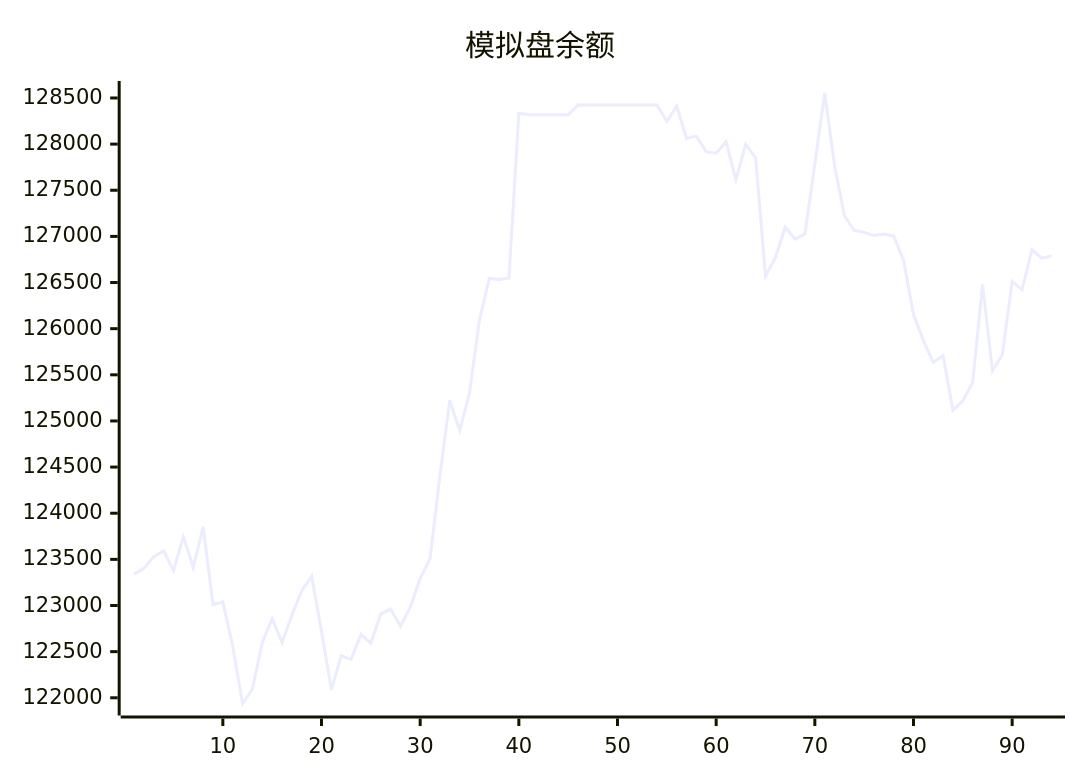
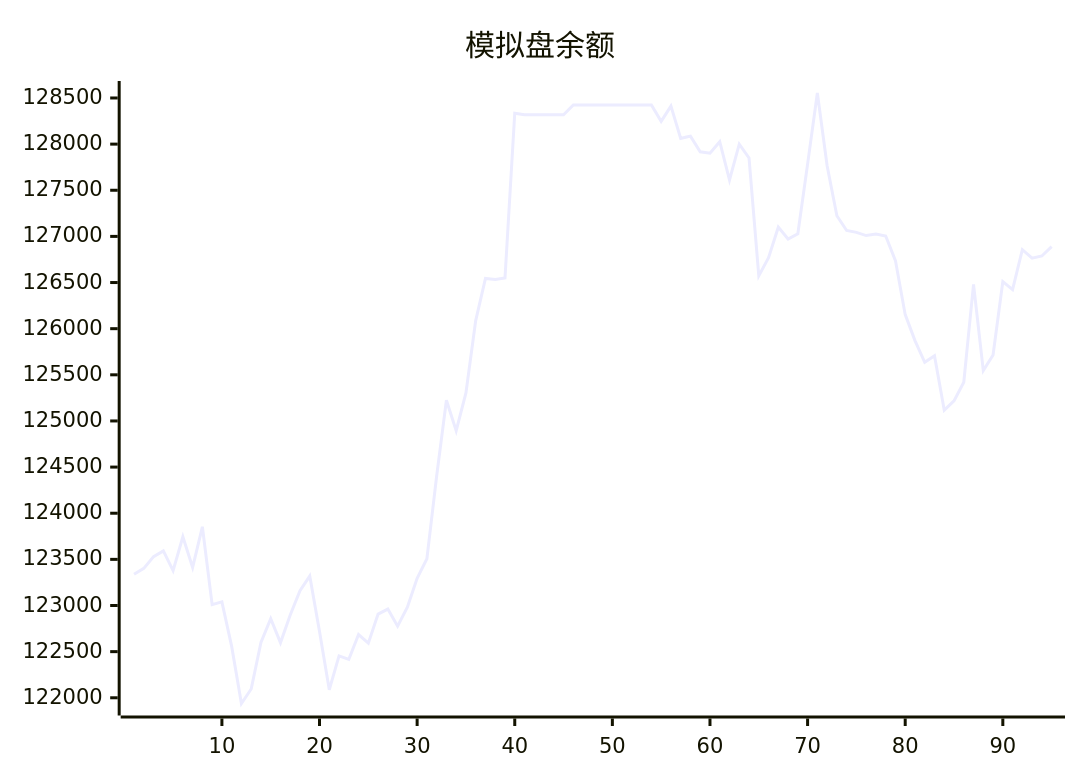
Before and after one commit to aahl/ai-trading: the diagram in README.md, drawn with Mermaid. The commit also changed other lines of this file and 1 other file, not shown here.

````diff
--- a/README.md
+++ b/README.md
@@ -5,5 +5,5 @@
 ```mermaid
 xychart
     title "模拟盘余额"
-    line [123338,123402,123530,123592,123378,123745,123413,123853,123009,123040,122557,121938,122095,122599,122856,122597,122898,123160,123319,122719,122087,122454,122416,122685,122592,122907,122961,122776,122981,123295,123507,124403,125224,124894,125303,126088,126544,126534,126549,128335,128318,128318,128318,128318,128318,128424,128424,128424,128424,128424,128424,128424,128424,128424,128247,128412,128062,128087,127917,127901,128026,127611,128000,127850,126572,126770,127100,126971,127029,127783,128554,127765,127224,127064,127044,127009,127025,127004,126738,126152,125871,125635,125707,125117,125217,125420,126480,125545,125715,126511,126424,126856,126764,126788]
+    line [123338,123402,123530,123592,123378,123745,123413,123853,123009,123040,122557,121938,122095,122599,122856,122597,122898,123160,123319,122719,122087,122454,122416,122685,122592,122907,122961,122776,122981,123295,123507,124403,125224,124894,125303,126088,126544,126534,126549,128335,128318,128318,128318,128318,128318,128424,128424,128424,128424,128424,128424,128424,128424,128424,128247,128412,128062,128087,127917,127901,128026,127611,128000,127850,126572,126770,127100,126971,127029,127783,128554,127765,127224,127064,127044,127009,127025,127004,126738,126152,125871,125635,125707,125117,125217,125420,126480,125545,125715,126511,126424,126856,126764,126788,126890]
 ```
````
